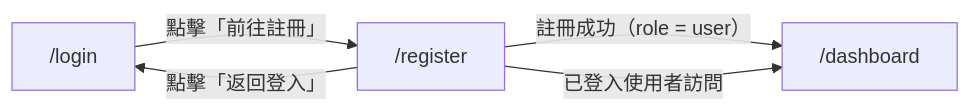
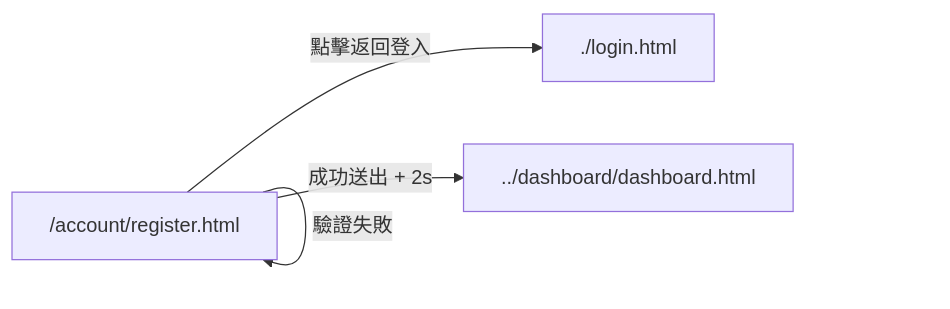
Before and after one commit to singyichen/label-suite: the second of 2 diagrams in specs/account/003-register-email-password/spec.md, drawn with Mermaid. The commit also changed other lines of this file and 4 other files, not shown here.

````diff
--- a/specs/account/003-register-email-password/spec.md
+++ b/specs/account/003-register-email-password/spec.md
@@ -106,11 +169,10 @@
 ```mermaid
 flowchart LR
-    login["/login"]
-    register["/register"]
-    dashboard["/dashboard"]
+    register["/account/register.html"]
+    login["./login.html"]
+    dashboard["../dashboard/dashboard.html"]
 
-    login    -->|"點擊「前往註冊」"| register
-    register -->|"註冊成功（role = user）"| dashboard
-    register -->|"點擊「返回登入」"| login
-    register -->|"已登入使用者訪問"| dashboard
+    register -->|點擊返回登入| login
+    register -->|驗證失敗| register
+    register -->|成功送出 + 2s| dashboard
 ```
````
